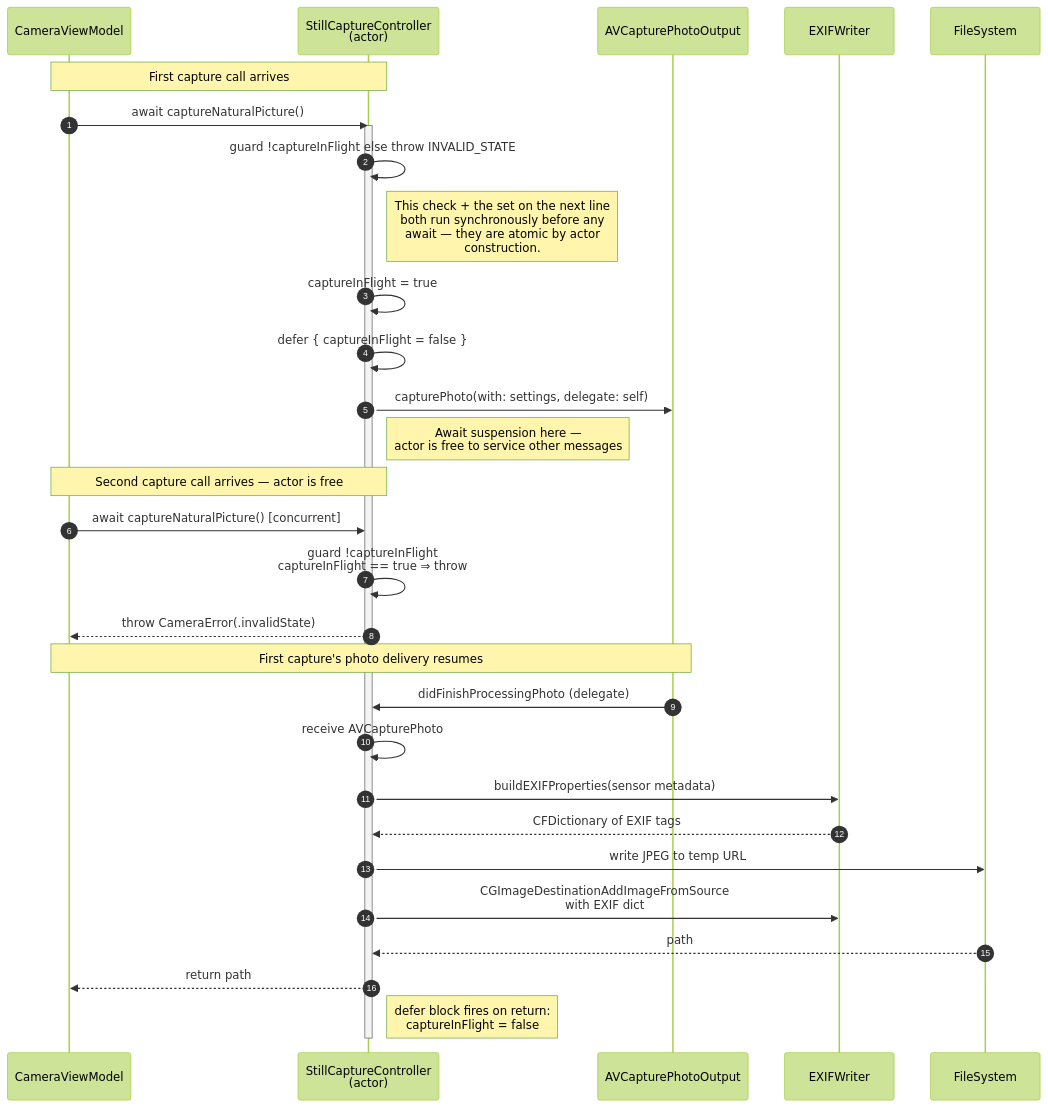
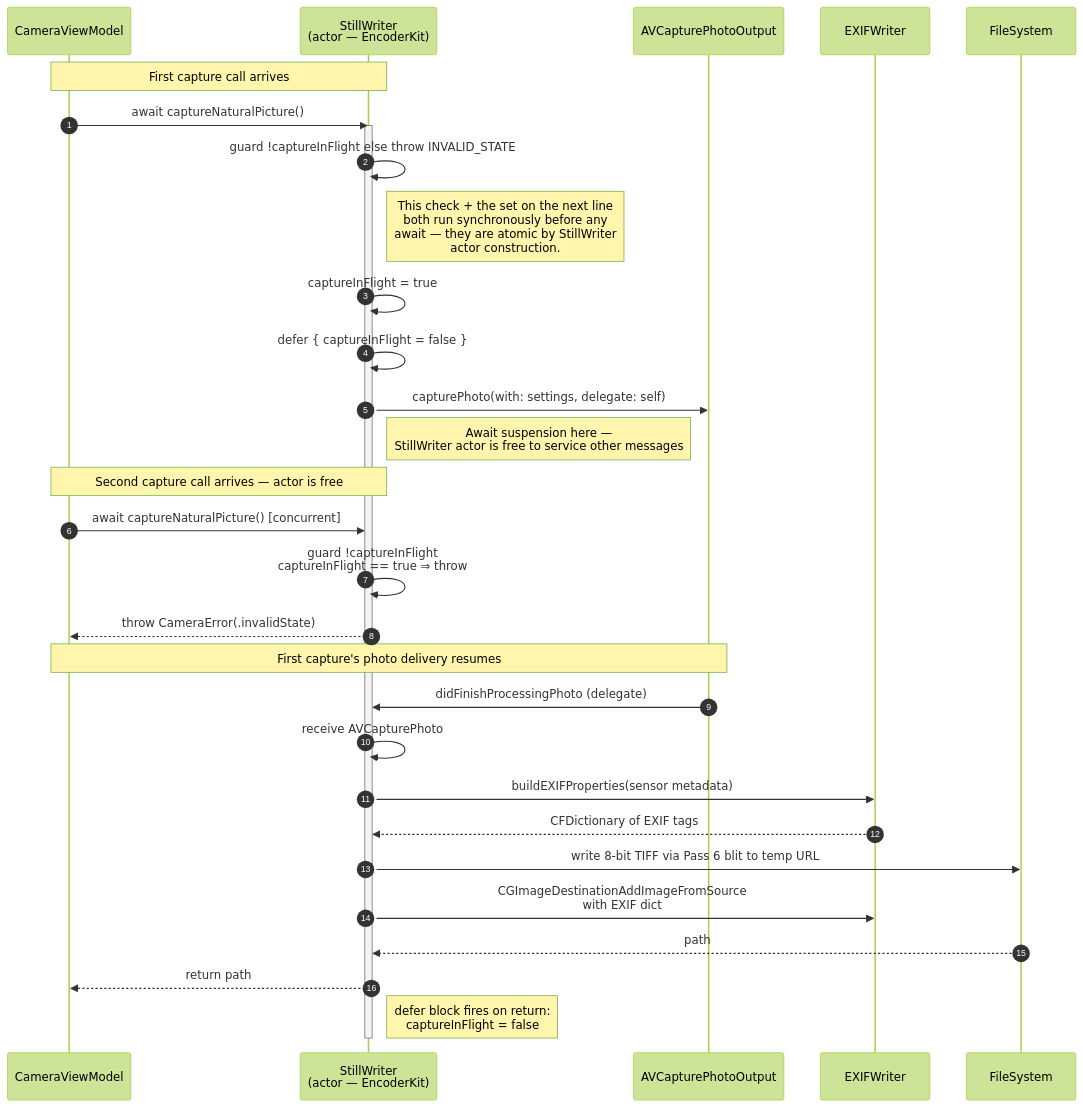
One commit to Shreeyak/camera2-ios-translation changed the tenth of 10 diagrams in design/09-architecture-diagrams.md. Above: the diagram before and after it, drawn with Mermaid (forest theme). The commit also changed other lines of this file and 42 other files, not shown here.

````diff
--- a/design/09-architecture-diagrams.md
+++ b/design/09-architecture-diagrams.md
@@ -726,39 +727,39 @@
 ```mermaid
 sequenceDiagram
     autonumber
     participant VM as CameraViewModel
-    participant SC as StillCaptureController<br/>(actor)
+    participant SC as StillWriter<br/>(actor — EncoderKit)
     participant APO as AVCapturePhotoOutput
     participant EX as EXIFWriter
     participant FS as FileSystem
 
     Note over VM,SC: First capture call arrives
 
     VM->>SC: await captureNaturalPicture()
     activate SC
     SC->>SC: guard !captureInFlight else throw INVALID_STATE
-    Note right of SC: This check + the set on the next line<br/>both run synchronously before any<br/>await — they are atomic by actor<br/>construction.
+    Note right of SC: This check + the set on the next line<br/>both run synchronously before any<br/>await — they are atomic by StillWriter<br/>actor construction.
     SC->>SC: captureInFlight = true
     SC->>SC: defer { captureInFlight = false }
     SC->>APO: capturePhoto(with: settings, delegate: self)
-    Note right of SC: Await suspension here —<br/>actor is free to service other messages
+    Note right of SC: Await suspension here —<br/>StillWriter actor is free to service other messages
 
     Note over VM,SC: Second capture call arrives — actor is free
 
     VM->>SC: await captureNaturalPicture()  [concurrent]
     SC->>SC: guard !captureInFlight<br/>captureInFlight == true ⇒ throw
     SC-->>VM: throw CameraError(.invalidState)
 
     Note over VM,APO: First capture's photo delivery resumes
 
     APO->>SC: didFinishProcessingPhoto (delegate)
     SC->>SC: receive AVCapturePhoto
     SC->>EX: buildEXIFProperties(sensor metadata)
     EX-->>SC: CFDictionary of EXIF tags
-    SC->>FS: write JPEG to temp URL
+    SC->>FS: write 8-bit TIFF via Pass 6 blit to temp URL
     SC->>EX: CGImageDestinationAddImageFromSource<br/>with EXIF dict
     FS-->>SC: path
     SC-->>VM: return path
     Note right of SC: defer block fires on return:<br/>captureInFlight = false
     deactivate SC
 ```
````
